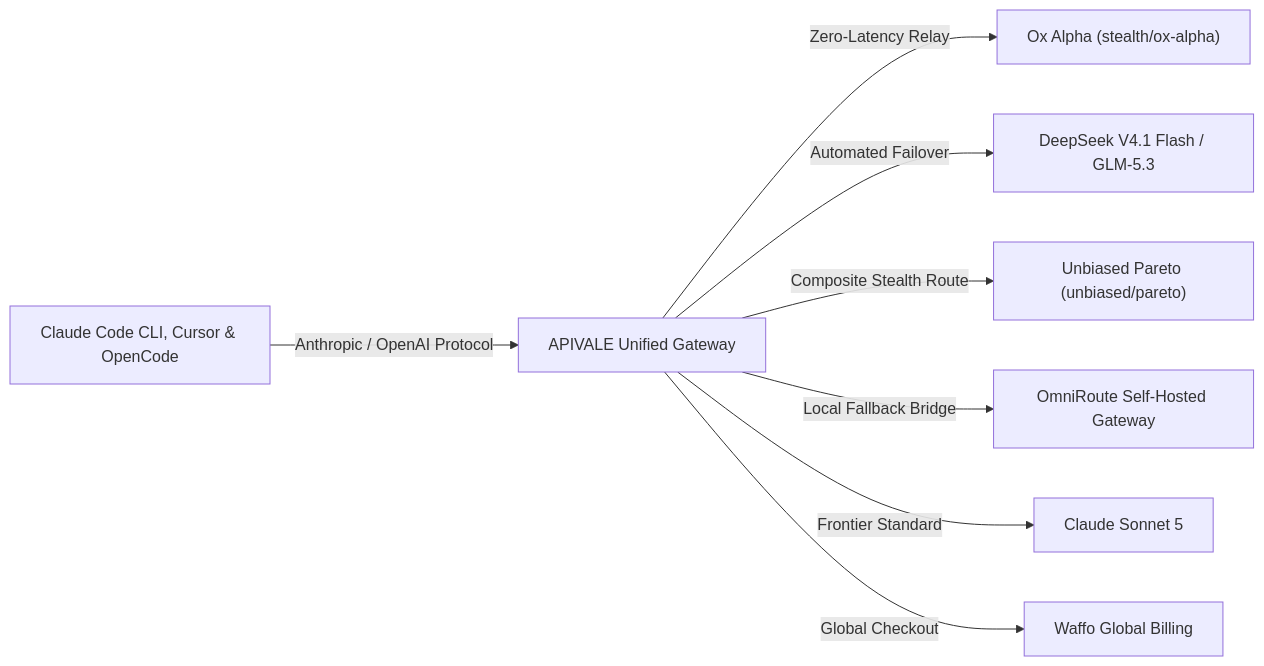
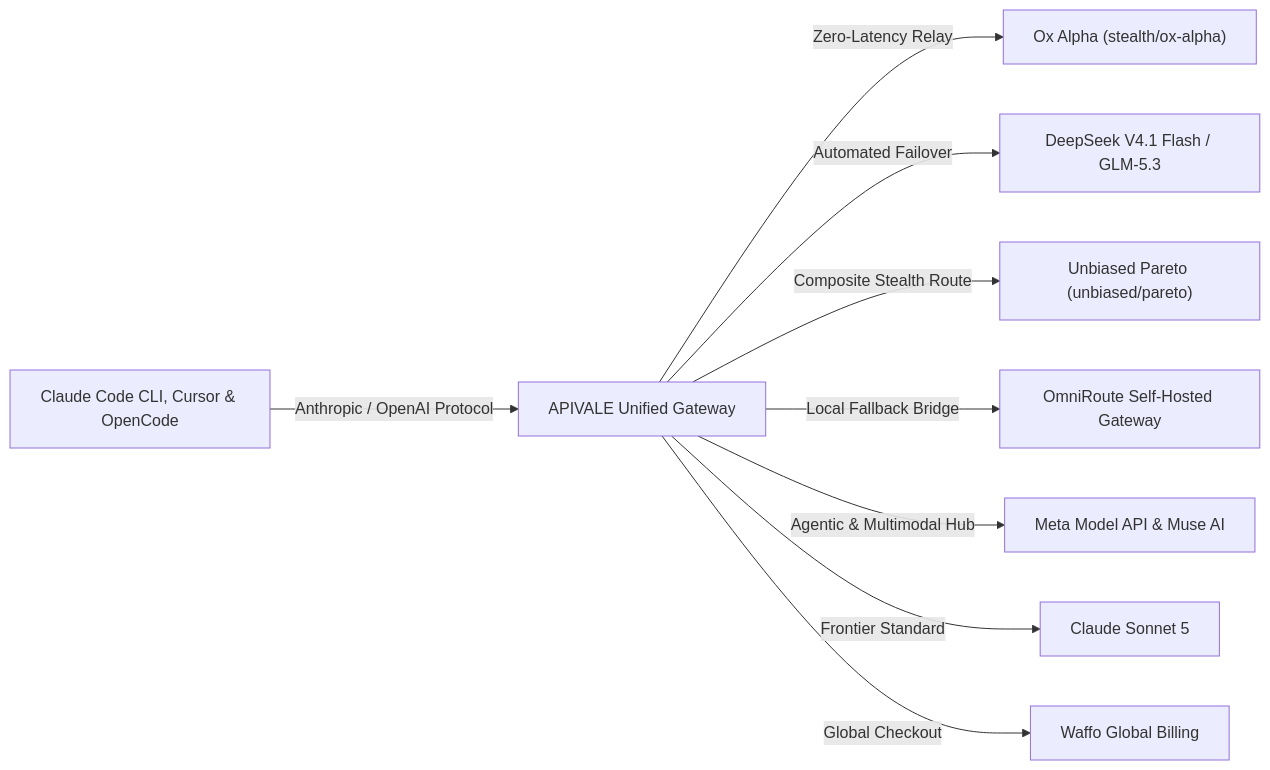
Before and after one commit to bshx2024/apivel_blog: the diagram in src/content/blog/ox-alpha-claude-code-cursor-setup.md, drawn with Mermaid. The commit also changed other lines of this file and 1 other file, not shown here.

Commit message:
feat(seo): enrich internal link mesh between Meta Model API and top-traffic Ox Alpha post

````diff
--- a/src/content/blog/ox-alpha-claude-code-cursor-setup.md
+++ b/src/content/blog/ox-alpha-claude-code-cursor-setup.md
@@ -29,10 +29,11 @@
 ```mermaid
 graph LR
     A["Claude Code CLI, Cursor & OpenCode"] -->|Anthropic / OpenAI Protocol| B["APIVALE Unified Gateway"]
     B -->|Zero-Latency Relay| C["Ox Alpha (stealth/ox-alpha)"]
     B -->|Automated Failover| D["DeepSeek V4.1 Flash / GLM-5.3"]
     B -->|Composite Stealth Route| G["Unbiased Pareto (unbiased/pareto)"]
     B -->|Local Fallback Bridge| H["OmniRoute Self-Hosted Gateway"]
+    B -->|Agentic & Multimodal Hub| I["Meta Model API & Muse AI"]
     B -->|Frontier Standard| E["Claude Sonnet 5"]
     B -->|Global Checkout| F["Waffo Global Billing"]
 ```
````
